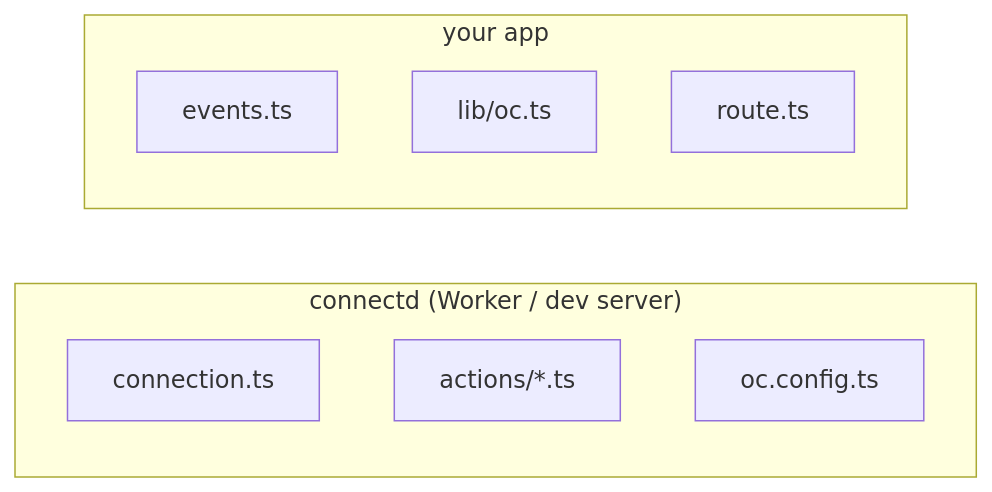
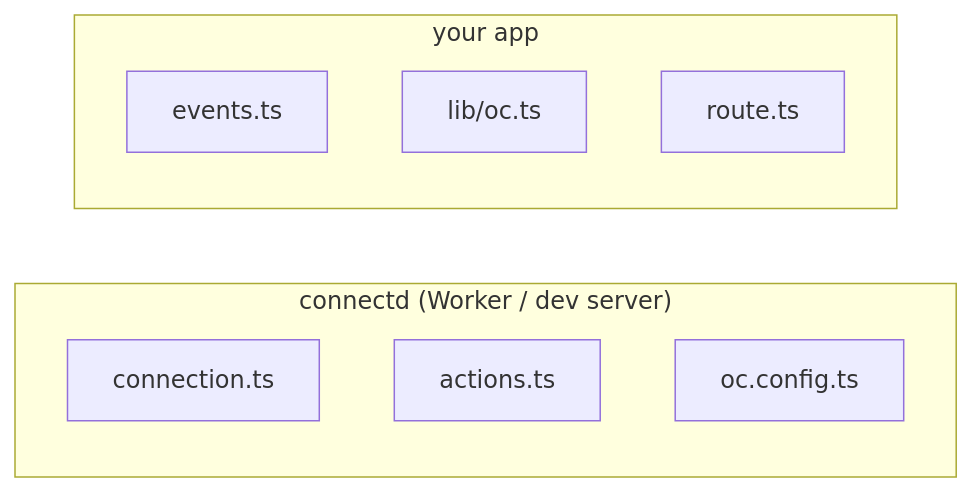
The diagram in docs/src/content/docs/guides/project-structure.md (Kavishkagaya/connectd), drawn with Mermaid before and after one commit. The commit also changed other lines of this file and 17 other files, not shown here.

````diff
--- a/docs/src/content/docs/guides/project-structure.md
+++ b/docs/src/content/docs/guides/project-structure.md
@@ -37,13 +35,13 @@
 ```mermaid
 flowchart LR
   subgraph cd["connectd (Worker / dev server)"]
     C["connection.ts"]
-    A["actions/*.ts"]
+    A["actions.ts"]
     CFG["oc.config.ts"]
   end
   subgraph app["your app"]
     E["events.ts"]
     L["lib/oc.ts"]
     R["route.ts"]
   end
 ```
````
